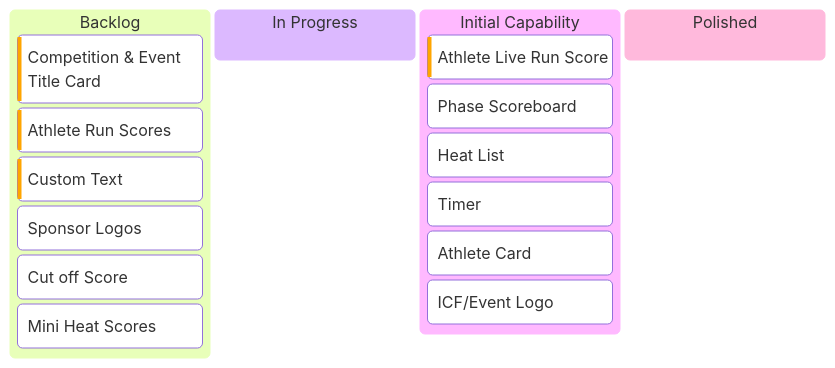
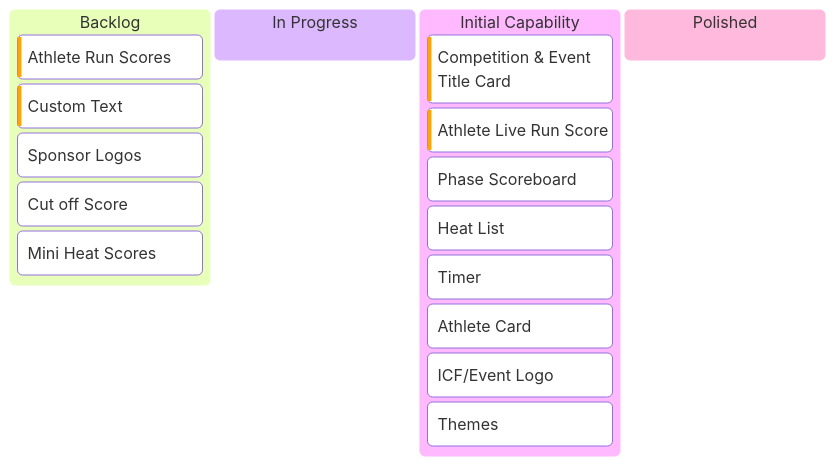
Before and after one commit to AntonyM71/AEMS: the diagram in Webapp/src/components/broadcast/Components.md, drawn with Mermaid. The commit also changed 14 other files, not shown here.

````diff
--- a/Webapp/src/components/broadcast/Components.md
+++ b/Webapp/src/components/broadcast/Components.md
@@ -7,24 +7,26 @@
 ```mermaid
 kanban
     Backlog
-        Competition & Event Title Card @{priority: "High"}
+
         Athlete Run Scores @{priority: "High"}
         Custom Text @{priority: "High"}
         Sponsor Logos
         Cut off Score
 
         Mini Heat Scores
 
     In Progress
 
 
     Initial Capability
+        Competition & Event Title Card @{priority: "High"}
         Athlete Live Run Score @{priority: "High"}
         Phase Scoreboard
         Heat List
         Timer
         Athlete Card
         ICF/Event Logo
+        Themes
     Polished
 
 ```
````
